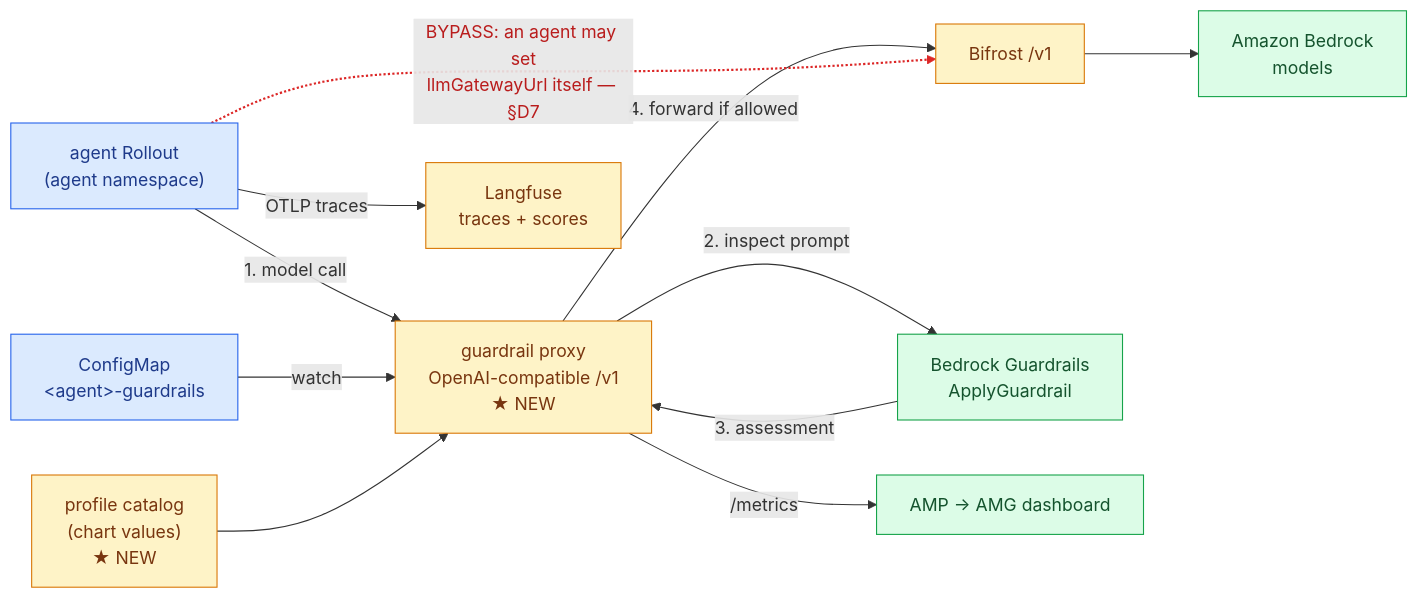
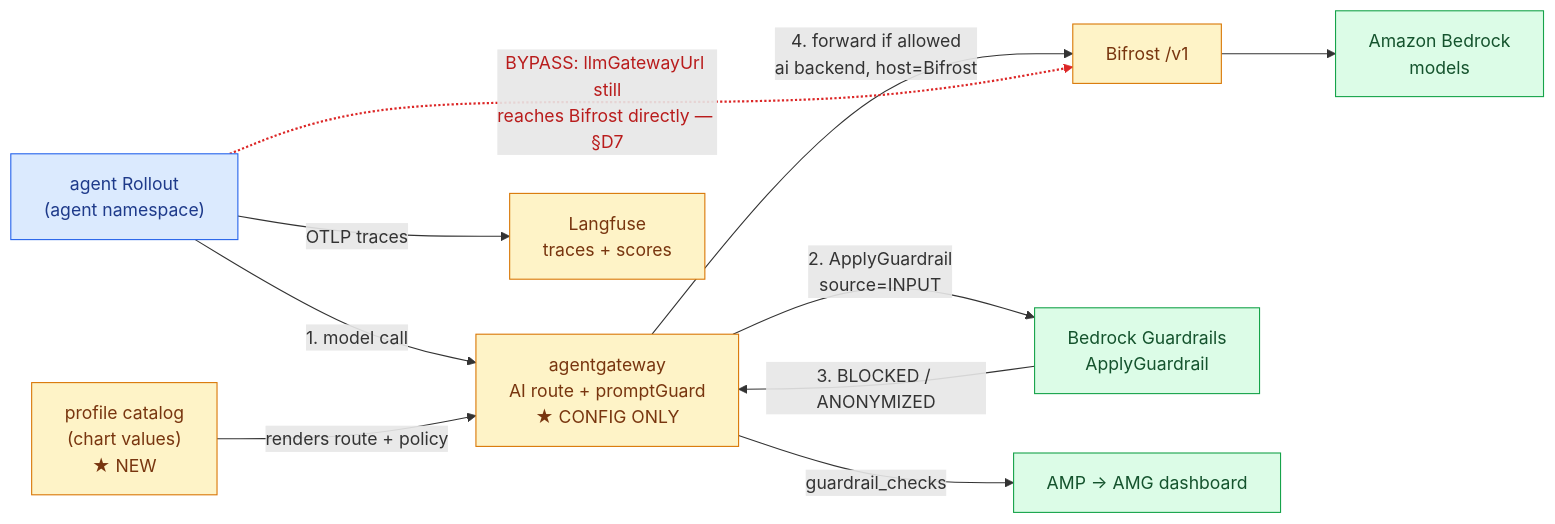
The first of 3 diagrams in docs/architecture/agent-guardrails.md (awslabs/open-agentic-platform), drawn with Mermaid before and after one commit. The commit also changed other lines of this file, not shown here.

First line of the commit message:
docs(architecture): redraw both diagrams for the gateway enforcement point

````diff
--- a/docs/architecture/agent-guardrails.md
+++ b/docs/architecture/agent-guardrails.md
@@ -1473,29 +1473,27 @@
 ```mermaid
 flowchart LR
     classDef dev fill:#dbeafe,stroke:#2563eb,color:#1e3a8a
     classDef plat fill:#fef3c7,stroke:#d97706,color:#78350f
     classDef aws fill:#dcfce7,stroke:#16a34a,color:#14532d
 
     A["agent Rollout<br/>(agent namespace)"]:::dev
-    CM["ConfigMap<br/>&lt;agent&gt;-guardrails"]:::dev
-    GP["guardrail proxy<br/>OpenAI-compatible /v1<br/>★ NEW"]:::plat
+    AG["agentgateway<br/>AI route + promptGuard<br/>★ CONFIG ONLY"]:::plat
     CAT["profile catalog<br/>(chart values)<br/>★ NEW"]:::plat
     BF["Bifrost /v1"]:::plat
     BR["Amazon Bedrock<br/>models"]:::aws
     GR["Bedrock Guardrails<br/>ApplyGuardrail"]:::aws
     AMP["AMP → AMG dashboard"]:::aws
     LF["Langfuse<br/>traces + scores"]:::plat
 
-    A -- "1. model call" --> GP
-    CM -- "watch" --> GP
-    CAT --> GP
-    GP -- "2. inspect prompt" --> GR
-    GR -- "3. assessment" --> GP
-    GP -- "4. forward if allowed" --> BF
+    A -- "1. model call" --> AG
+    CAT -- "renders route + policy" --> AG
+    AG -- "2. ApplyGuardrail<br/>source=INPUT" --> GR
+    GR -- "3. BLOCKED / ANONYMIZED" --> AG
+    AG -- "4. forward if allowed<br/>ai backend, host=Bifrost" --> BF
     BF --> BR
-    GP -- "/metrics" --> AMP
+    AG -- "guardrail_checks" --> AMP
     A -- "OTLP traces" --> LF
-    A -. "BYPASS: an agent may set<br/>llmGatewayUrl itself — §D7" .-> BF
+    A -. "BYPASS: llmGatewayUrl still<br/>reaches Bifrost directly — §D7" .-> BF
 
-    linkStyle 9 stroke:#dc2626,stroke-width:2px,color:#b91c1c
+    linkStyle 8 stroke:#dc2626,stroke-width:2px,color:#b91c1c
 ```
````
